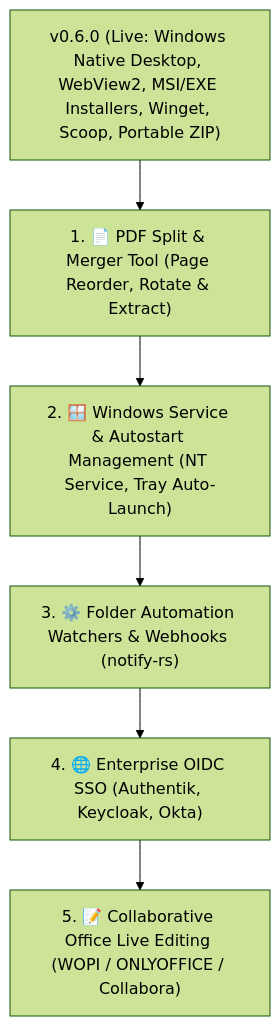
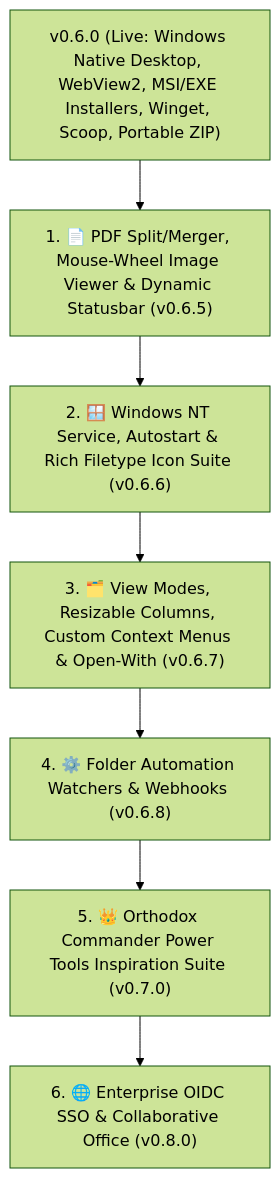
One commit to Woofson/commanderdog changed the diagram in ROADMAP.md. Above: the diagram before and after it, drawn with Mermaid (forest theme). The commit also changed other lines of this file, not shown here.

Commit message:
docs(roadmap): merge all ideas from todo.txt into roadmap with orthodox power tools inspiration catalog

````diff
--- a/ROADMAP.md
+++ b/ROADMAP.md
@@ -51,8 +51,9 @@
 ```mermaid
 graph TD
-    A["v0.6.0 (Live: Windows Native Desktop, WebView2, MSI/EXE Installers, Winget, Scoop, Portable ZIP)"] --> B["1. 📄 PDF Split & Merger Tool (Page Reorder, Rotate & Extract)"]
-    B --> C["2. 🪟 Windows Service & Autostart Management (NT Service, Tray Auto-Launch)"]
-    C --> D["3. ⚙️ Folder Automation Watchers & Webhooks (notify-rs)"]
-    D --> E["4. 🌐 Enterprise OIDC SSO (Authentik, Keycloak, Okta)"]
-    E --> F["5. 📝 Collaborative Office Live Editing (WOPI / ONLYOFFICE / Collabora)"]
+    A["v0.6.0 (Live: Windows Native Desktop, WebView2, MSI/EXE Installers, Winget, Scoop, Portable ZIP)"] --> B["1. 📄 PDF Split/Merger, Mouse-Wheel Image Viewer & Dynamic Statusbar (v0.6.5)"]
+    B --> C["2. 🪟 Windows NT Service, Autostart & Rich Filetype Icon Suite (v0.6.6)"]
+    C --> D["3. 🗂️ View Modes, Resizable Columns, Custom Context Menus & Open-With (v0.6.7)"]
+    D --> E["4. ⚙️ Folder Automation Watchers & Webhooks (v0.6.8)"]
+    E --> F["5. 👑 Orthodox Commander Power Tools Inspiration Suite (v0.7.0)"]
+    F --> G["6. 🌐 Enterprise OIDC SSO & Collaborative Office (v0.8.0)"]
 ```
````
